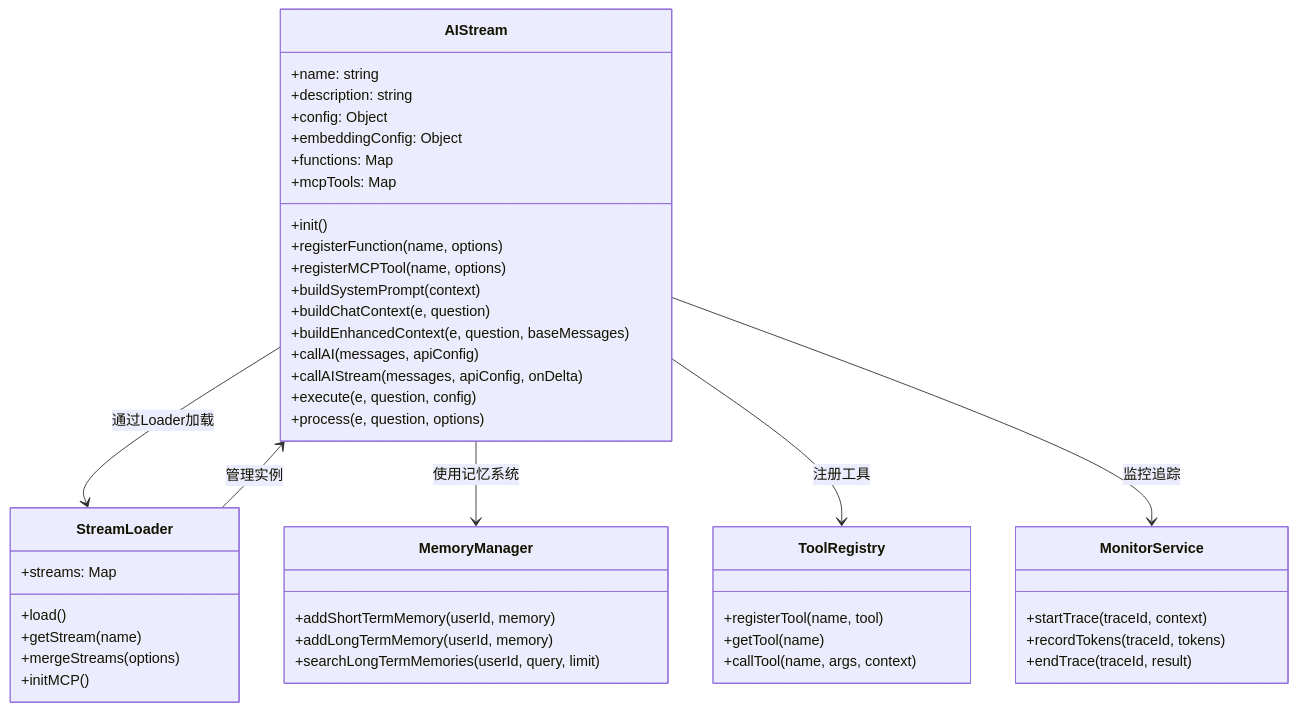
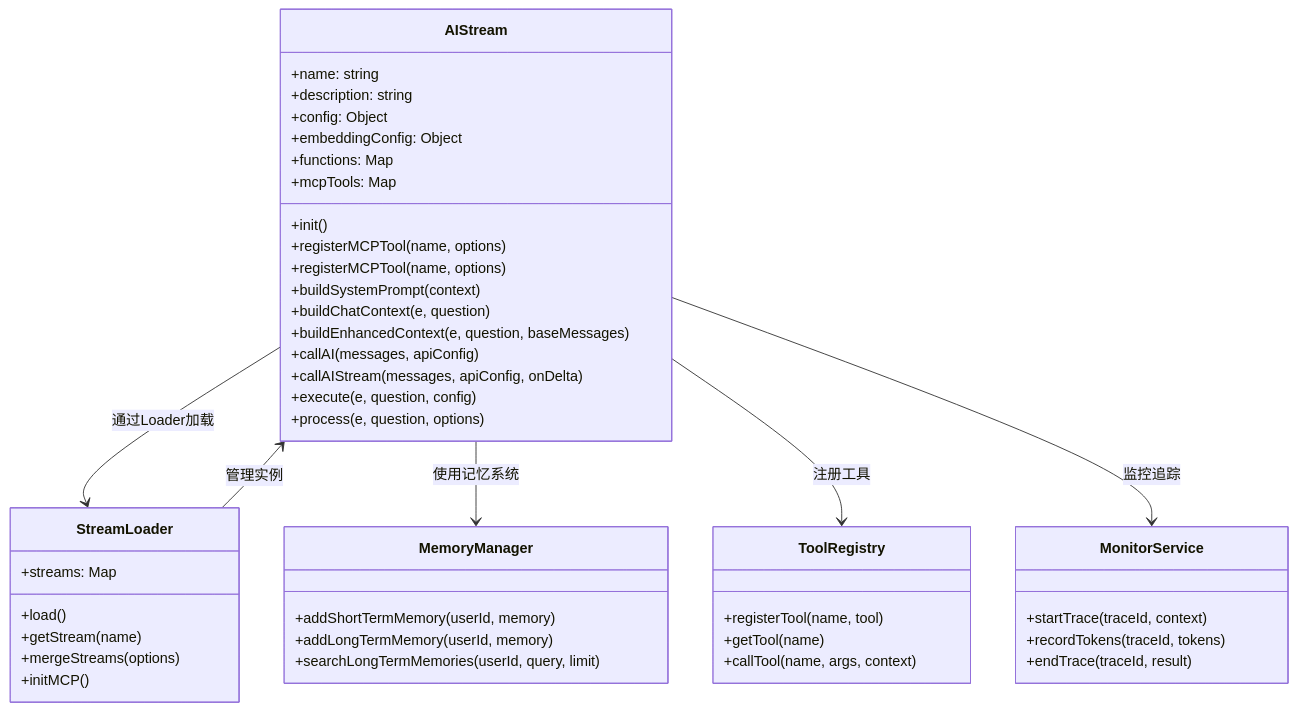
Before and after one commit to sunflowermm/XRK-AGT: the third of 5 diagrams in docs/aistream.md, drawn with Mermaid. The commit also changed other lines of this file and 23 other files, not shown here.

````diff
--- a/docs/aistream.md
+++ b/docs/aistream.md
@@ -124,53 +124,53 @@
 ```mermaid
 classDiagram
     class AIStream {
         +name: string
         +description: string
         +config: Object
         +embeddingConfig: Object
         +functions: Map
         +mcpTools: Map
         +init()
-        +registerFunction(name, options)
+        +registerMCPTool(name, options)
         +registerMCPTool(name, options)
         +buildSystemPrompt(context)
         +buildChatContext(e, question)
         +buildEnhancedContext(e, question, baseMessages)
         +callAI(messages, apiConfig)
         +callAIStream(messages, apiConfig, onDelta)
         +execute(e, question, config)
         +process(e, question, options)
     }
     
     class StreamLoader {
         +streams: Map
         +load()
         +getStream(name)
         +mergeStreams(options)
         +initMCP()
     }
     
     class MemoryManager {
         +addShortTermMemory(userId, memory)
         +addLongTermMemory(userId, memory)
         +searchLongTermMemories(userId, query, limit)
     }
     
     class ToolRegistry {
         +registerTool(name, tool)
         +getTool(name)
         +callTool(name, args, context)
     }
     
     class MonitorService {
         +startTrace(traceId, context)
         +recordTokens(traceId, tokens)
         +endTrace(traceId, result)
     }
     
     AIStream --> StreamLoader : 通过Loader加载
     AIStream --> MemoryManager : 使用记忆系统
     AIStream --> ToolRegistry : 注册工具
     AIStream --> MonitorService : 监控追踪
     StreamLoader --> AIStream : 管理实例
 ```
````
